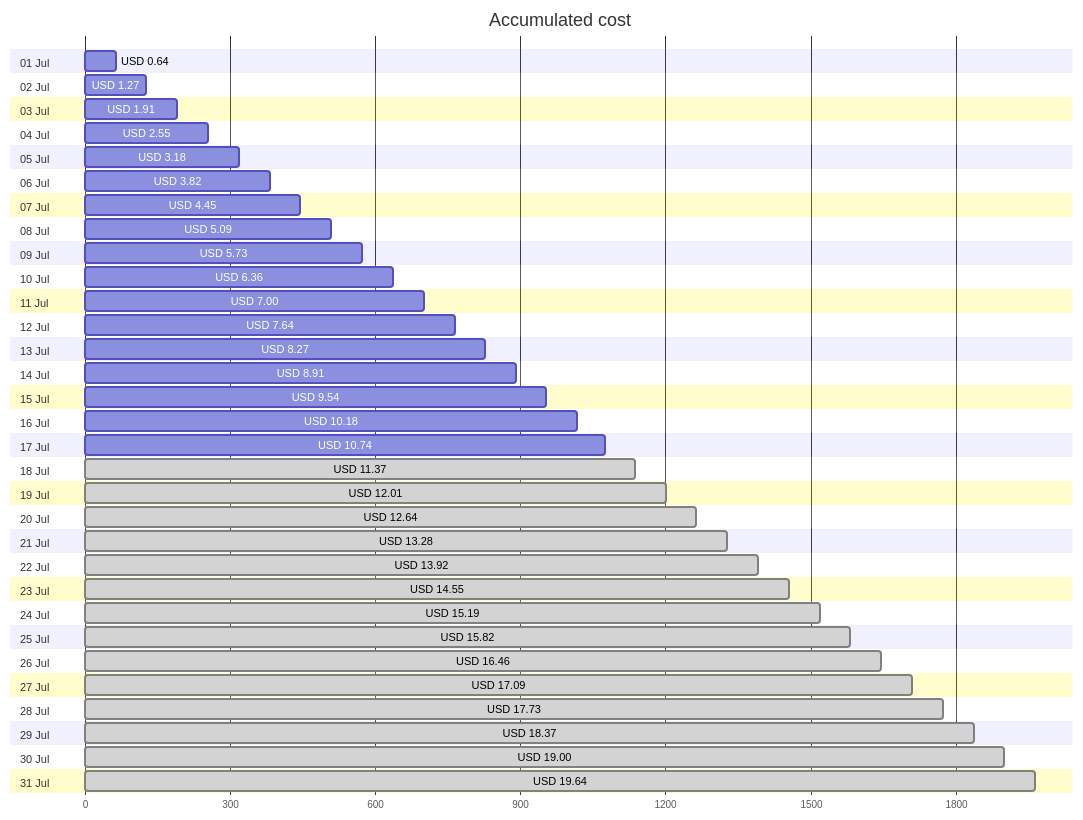
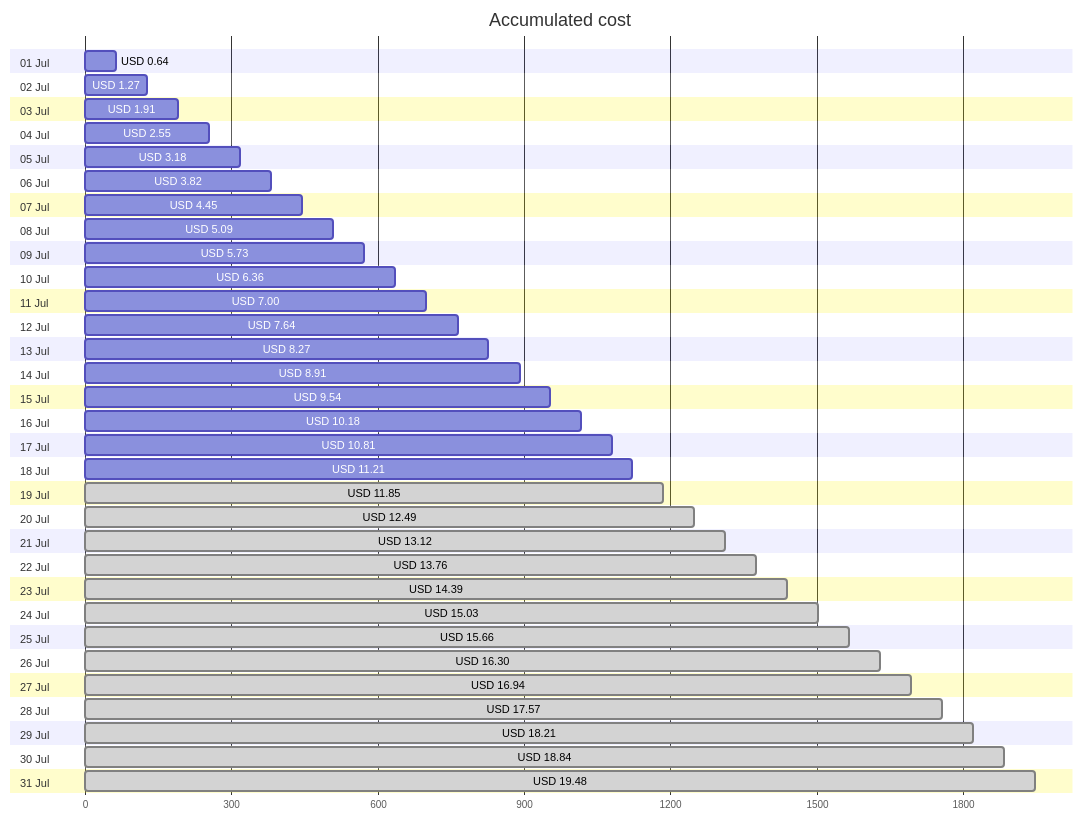
Before and after one commit to jpfulton/azure-personal-reports: the first of 4 diagrams in cost-reports/accumulated-cost.md, drawn with Mermaid. The commit also changed other lines of this file and 4 other files, not shown here.

````diff
--- a/cost-reports/accumulated-cost.md
+++ b/cost-reports/accumulated-cost.md
@@ -20,68 +20,68 @@
 ```mermaid
 gantt
    title Accumulated cost
    dateFormat  X
    axisFormat %s
    section 01 Jul
    USD 0.64 :0, 64
    section 02 Jul
    USD 1.27 :0, 127
    section 03 Jul
    USD 1.91 :0, 191
    section 04 Jul
    USD 2.55 :0, 255
    section 05 Jul
    USD 3.18 :0, 318
    section 06 Jul
    USD 3.82 :0, 382
    section 07 Jul
    USD 4.45 :0, 445
    section 08 Jul
    USD 5.09 :0, 509
    section 09 Jul
    USD 5.73 :0, 573
    section 10 Jul
    USD 6.36 :0, 636
    section 11 Jul
    USD 7.00 :0, 700
    section 12 Jul
    USD 7.64 :0, 764
    section 13 Jul
    USD 8.27 :0, 827
    section 14 Jul
    USD 8.91 :0, 891
    section 15 Jul
    USD 9.54 :0, 954
    section 16 Jul
    USD 10.18 :0, 1018
    section 17 Jul
-   USD 10.74 :0, 1074
+   USD 10.81 :0, 1081
    section 18 Jul
-   USD 11.37 : done, 0, 1137
+   USD 11.21 :0, 1121
    section 19 Jul
-   USD 12.01 : done, 0, 1201
+   USD 11.85 : done, 0, 1185
    section 20 Jul
-   USD 12.64 : done, 0, 1264
+   USD 12.49 : done, 0, 1249
    section 21 Jul
-   USD 13.28 : done, 0, 1328
+   USD 13.12 : done, 0, 1312
    section 22 Jul
-   USD 13.92 : done, 0, 1392
+   USD 13.76 : done, 0, 1376
    section 23 Jul
-   USD 14.55 : done, 0, 1455
+   USD 14.39 : done, 0, 1439
    section 24 Jul
-   USD 15.19 : done, 0, 1519
+   USD 15.03 : done, 0, 1503
    section 25 Jul
-   USD 15.82 : done, 0, 1582
+   USD 15.66 : done, 0, 1566
    section 26 Jul
-   USD 16.46 : done, 0, 1646
+   USD 16.30 : done, 0, 1630
    section 27 Jul
-   USD 17.09 : done, 0, 1709
+   USD 16.94 : done, 0, 1694
    section 28 Jul
-   USD 17.73 : done, 0, 1773
+   USD 17.57 : done, 0, 1757
    section 29 Jul
-   USD 18.37 : done, 0, 1837
+   USD 18.21 : done, 0, 1821
    section 30 Jul
-   USD 19.00 : done, 0, 1900
+   USD 18.84 : done, 0, 1884
    section 31 Jul
-   USD 19.64 : done, 0, 1964
+   USD 19.48 : done, 0, 1948
 ```
````
